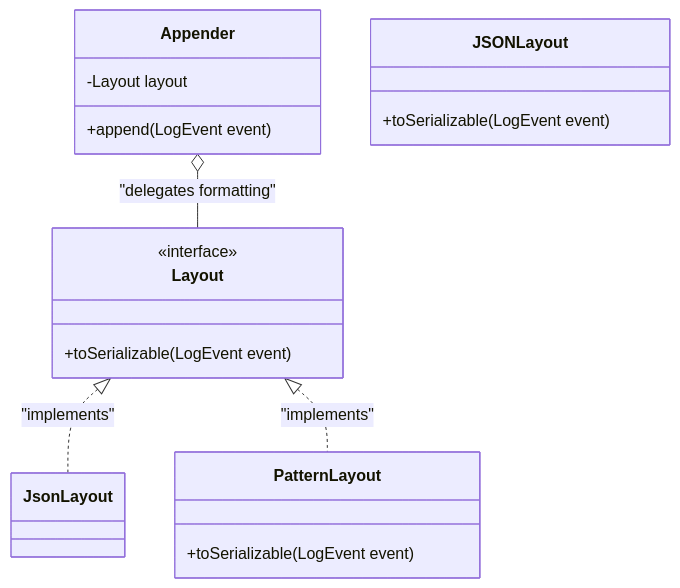
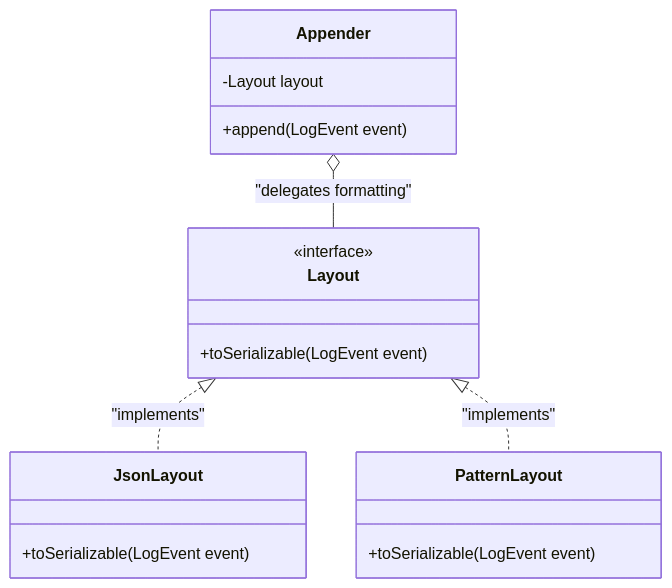
The third of 4 diagrams in docs/design.md (SwDA-Team07/AY-25-26-project), drawn with Mermaid before and after one commit. The commit also changed other lines of this file, not shown here.

````diff
--- a/docs/design.md
+++ b/docs/design.md
@@ -185,21 +180,21 @@
 ```mermaid
 classDiagram
     class Appender {
         -Layout layout
         +append(LogEvent event)
     }
     class Layout {
         <<interface>>
         +toSerializable(LogEvent event)
     }
-    class JSONLayout {
+    class JsonLayout {
         +toSerializable(LogEvent event)
     }
     class PatternLayout {
         +toSerializable(LogEvent event)
     }
 
     Appender o-- Layout : "delegates formatting"
     Layout <|.. JsonLayout : "implements"
     Layout <|.. PatternLayout : "implements"
 ```
````
